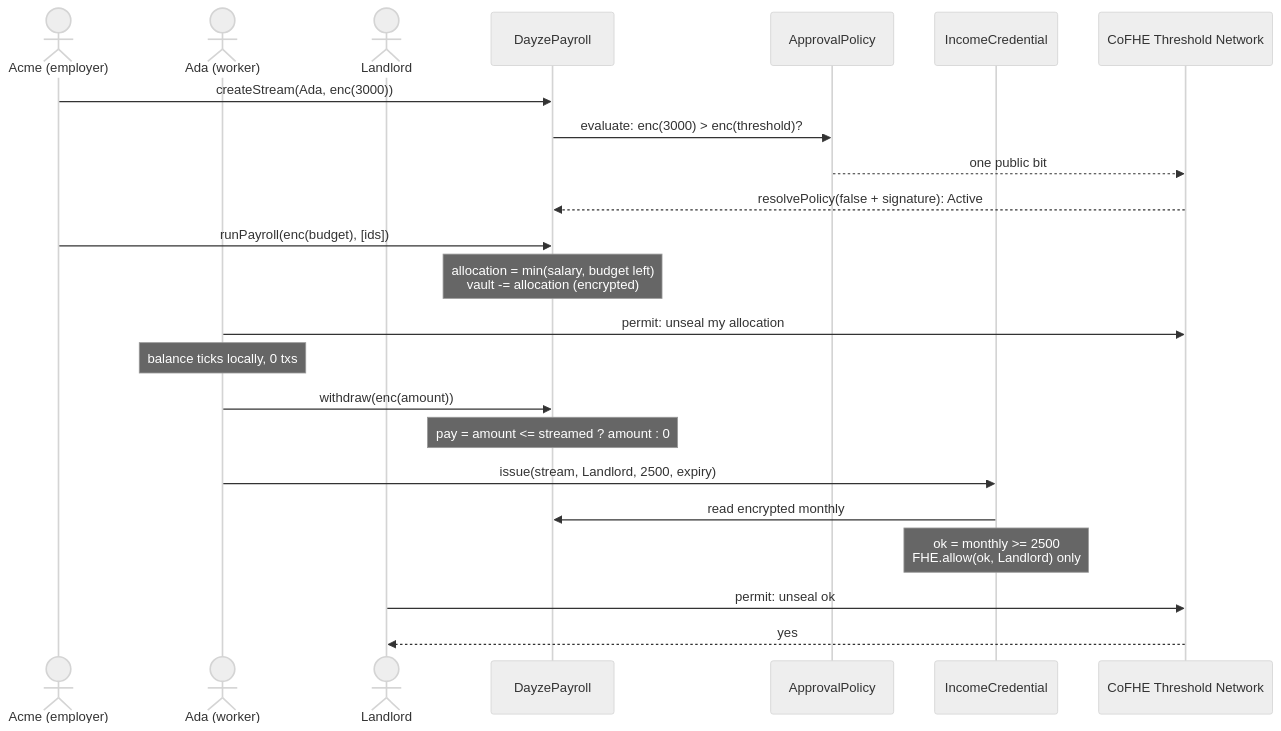
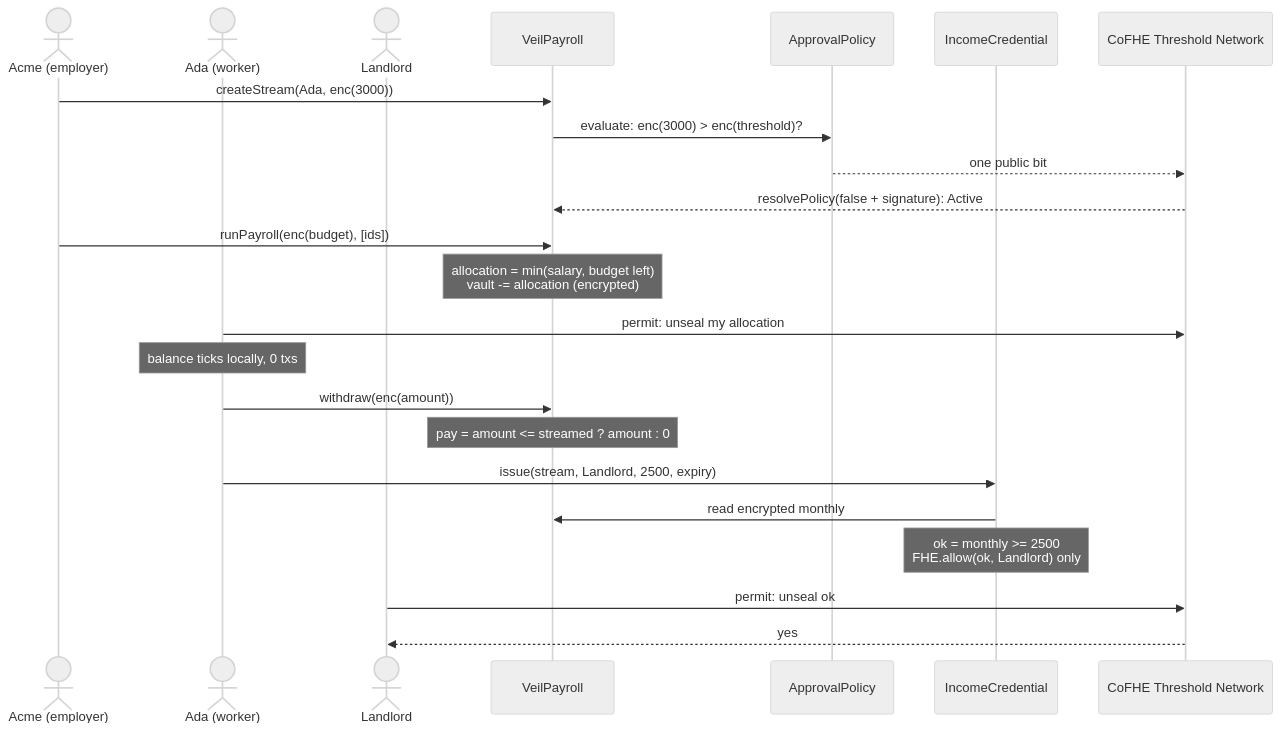
The diagram in README.md (Kelechikizito/veil), drawn with Mermaid (neutral theme) before and after one commit. The commit also changed other lines of this file and 72 other files, not shown here.

Commit message:
Rename Dayze to Veil everywhere.

````diff
--- a/README.md
+++ b/README.md
@@ -31,26 +33,26 @@
 ```mermaid
 sequenceDiagram
     actor Acme as Acme (employer)
     actor Ada as Ada (worker)
     actor Landlord
-    participant P as DayzePayroll
+    participant P as VeilPayroll
     participant AP as ApprovalPolicy
     participant IC as IncomeCredential
     participant TN as CoFHE Threshold Network
 
     Acme->>P: createStream(Ada, enc(3000))
     P->>AP: evaluate: enc(3000) > enc(threshold)?
     AP-->>TN: one public bit
     TN-->>P: resolvePolicy(false + signature): Active
     Acme->>P: runPayroll(enc(budget), [ids])
     Note over P: allocation = min(salary, budget left)<br/>vault -= allocation (encrypted)
     Ada->>TN: permit: unseal my allocation
     Note over Ada: balance ticks locally, 0 txs
     Ada->>P: withdraw(enc(amount))
     Note over P: pay = amount <= streamed ? amount : 0
     Ada->>IC: issue(stream, Landlord, 2500, expiry)
     IC->>P: read encrypted monthly
     Note over IC: ok = monthly >= 2500<br/>FHE.allow(ok, Landlord) only
     Landlord->>TN: permit: unseal ok
     TN-->>Landlord: yes
 ```
````
